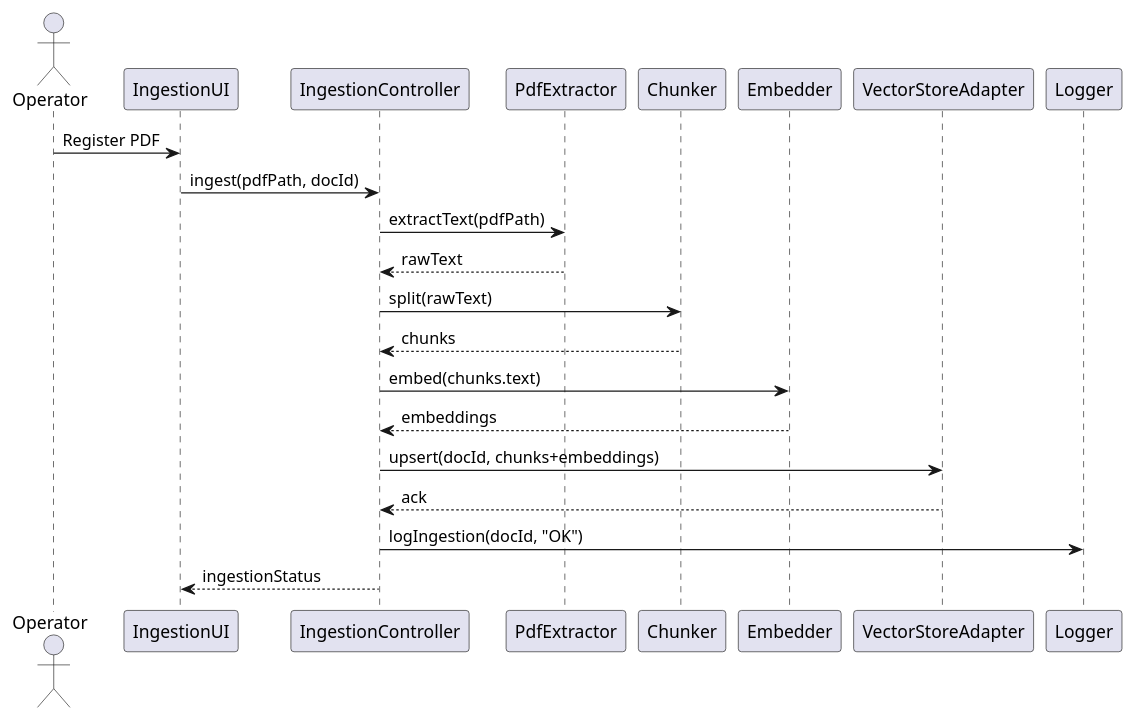
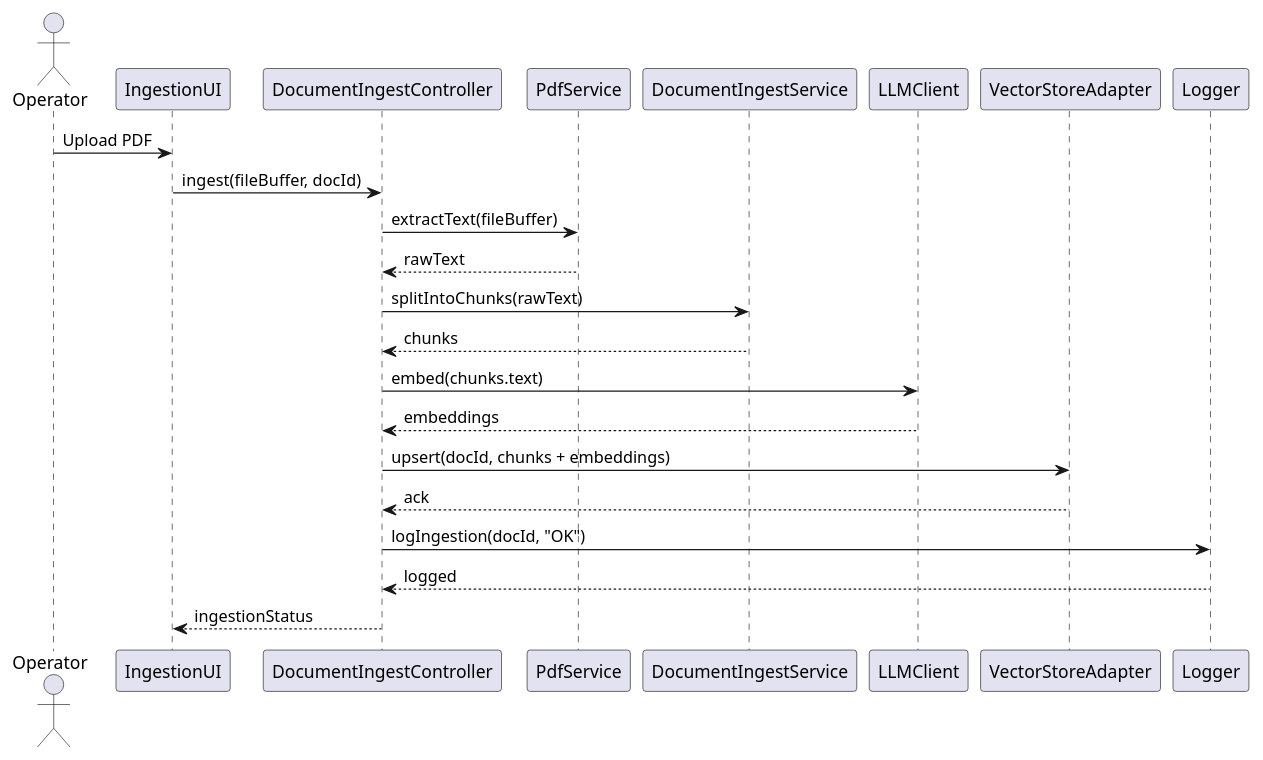
Before and after one commit to Tobias-hubs/internal-document-assistant: the diagram in docs/uml/sequence-ingestion.puml, drawn with PlantUML.

Commit message:
Update sequence-ingestion UML

```diff
--- a/docs/uml/sequence-ingestion.puml
+++ b/docs/uml/sequence-ingestion.puml
@@ -1,23 +1,32 @@
 @startuml ingestion
+
 actor Operator
 participant IngestionUI
-participant IngestionController
-participant PdfExtractor
-participant Chunker
-participant Embedder
+participant DocumentIngestController
+participant PdfService
+participant DocumentIngestService
+participant LLMClient
 participant VectorStoreAdapter
 participant Logger
 
-Operator -> IngestionUI: Register PDF
-IngestionUI -> IngestionController: ingest(pdfPath, docId)
-IngestionController -> PdfExtractor: extractText(pdfPath)
-PdfExtractor --> IngestionController: rawText
-IngestionController -> Chunker: split(rawText)
-Chunker --> IngestionController: chunks
-IngestionController -> Embedder: embed(chunks.text)
-Embedder --> IngestionController: embeddings
-IngestionController -> VectorStoreAdapter: upsert(docId, chunks+embeddings)
-VectorStoreAdapter --> IngestionController: ack
-IngestionController -> Logger: logIngestion(docId, "OK")
-IngestionController --> IngestionUI: ingestionStatus
+Operator -> IngestionUI: Upload PDF
+IngestionUI -> DocumentIngestController: ingest(fileBuffer, docId)
+
+DocumentIngestController -> PdfService: extractText(fileBuffer)
+PdfService --> DocumentIngestController: rawText
+
+DocumentIngestController -> DocumentIngestService: splitIntoChunks(rawText)
+DocumentIngestService --> DocumentIngestController: chunks
+
+DocumentIngestController -> LLMClient: embed(chunks.text)
+LLMClient --> DocumentIngestController: embeddings
+
+DocumentIngestController -> VectorStoreAdapter: upsert(docId, chunks + embeddings)
+VectorStoreAdapter --> DocumentIngestController: ack
+
+DocumentIngestController -> Logger: logIngestion(docId, "OK")
+Logger --> DocumentIngestController: logged
+
+DocumentIngestController --> IngestionUI: ingestionStatus
+
 @enduml
```
